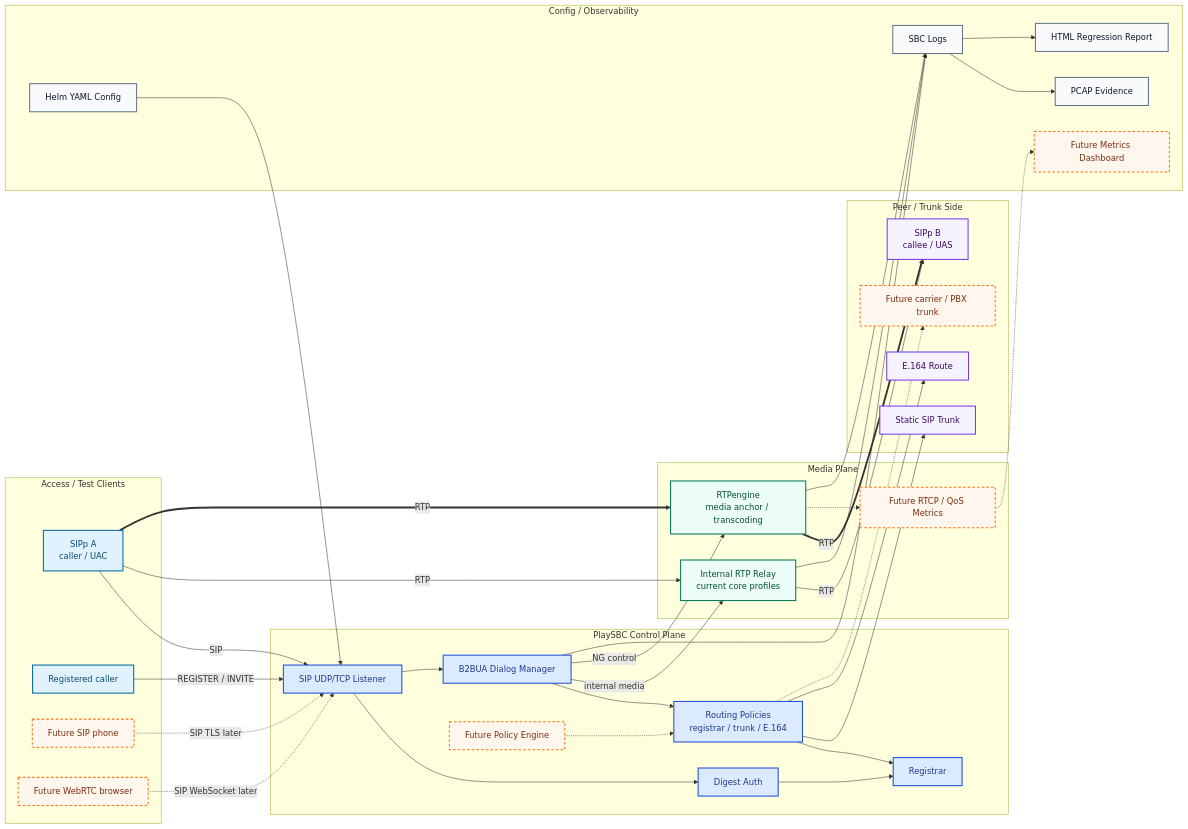
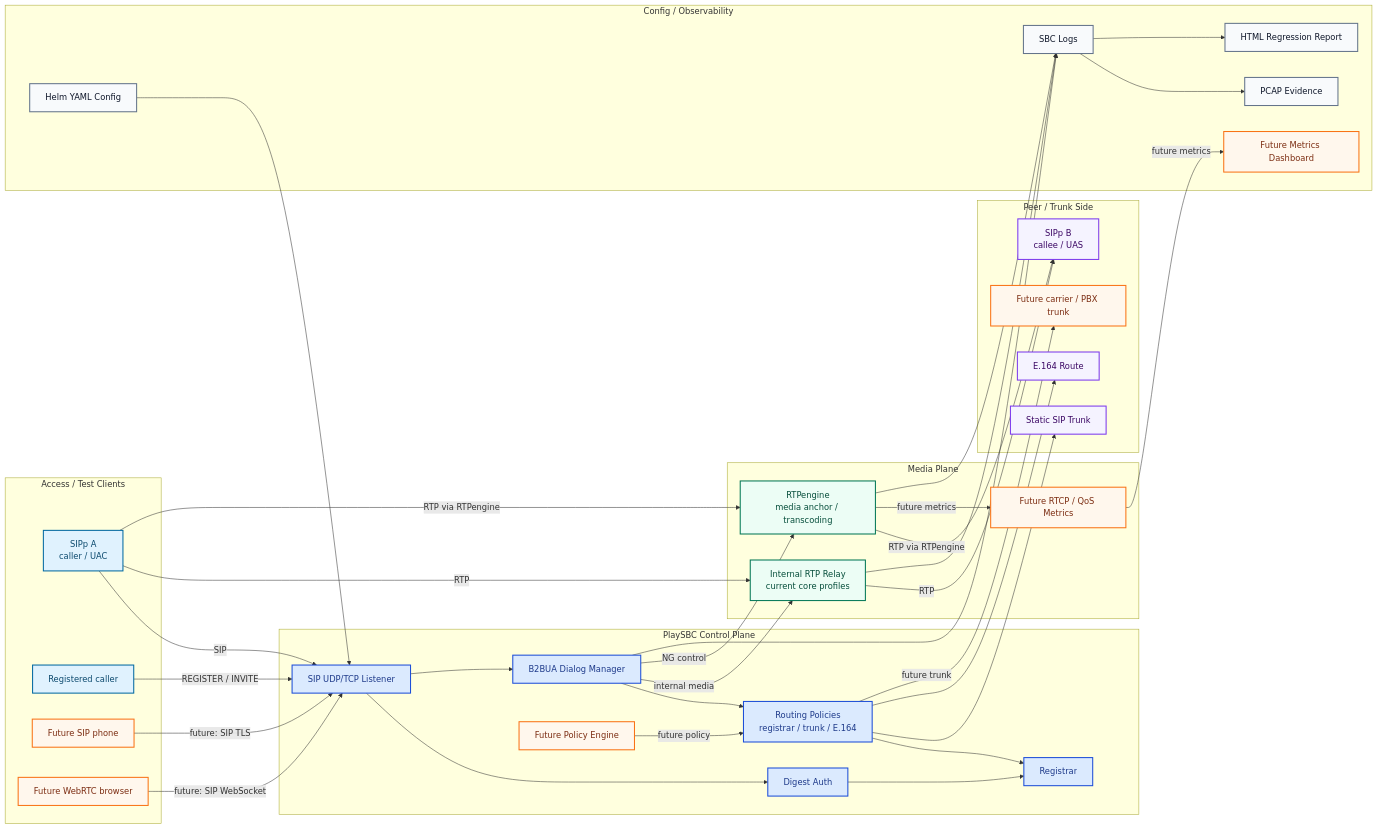
One commit to sudheerkumarvatrapu/PlaySBC changed the first of 6 diagrams in docs/ARCHITECTURE_NETWORK.md. Above: the diagram before and after it, drawn with Mermaid. The commit also changed other lines of this file, not shown here.

Commit message:
Make architecture Mermaid render safely

````diff
--- a/docs/ARCHITECTURE_NETWORK.md
+++ b/docs/ARCHITECTURE_NETWORK.md
@@ -22,82 +22,82 @@
 ```mermaid
 flowchart LR
     subgraph Access["Access / Test Clients"]
         SippA["SIPp A<br/>caller / UAC"]
         RegA["Registered caller"]
         FuturePhone["Future SIP phone"]
         FutureWeb["Future WebRTC browser"]
     end
 
     subgraph PlaySBC["PlaySBC Control Plane"]
         Listener["SIP UDP/TCP Listener"]
         Auth["Digest Auth"]
         Registrar["Registrar"]
         Router["Routing Policies<br/>registrar / trunk / E.164"]
         B2BUA["B2BUA Dialog Manager"]
         Policy["Future Policy Engine"]
     end
 
     subgraph Media["Media Plane"]
         Internal["Internal RTP Relay<br/>current core profiles"]
         RTPE["RTPengine<br/>media anchor / transcoding"]
         FutureQoS["Future RTCP / QoS Metrics"]
     end
 
     subgraph PeerSide["Peer / Trunk Side"]
         SippB["SIPp B<br/>callee / UAS"]
         StaticTrunk["Static SIP Trunk"]
         E164["E.164 Route"]
         FutureCarrier["Future carrier / PBX trunk"]
     end
 
     subgraph Ops["Config / Observability"]
         Helm["Helm YAML Config"]
         Logs["SBC Logs"]
         Pcap["PCAP Evidence"]
         Report["HTML Regression Report"]
         FutureMetrics["Future Metrics Dashboard"]
     end
 
     SippA -->|SIP| Listener
     RegA -->|REGISTER / INVITE| Listener
-    FuturePhone -.->|SIP TLS later| Listener
-    FutureWeb -.->|SIP WebSocket later| Listener
+    FuturePhone -->|future: SIP TLS| Listener
+    FutureWeb -->|future: SIP WebSocket| Listener
 
     Listener --> Auth --> Registrar
     Listener --> B2BUA --> Router
     Router --> Registrar
     Router --> StaticTrunk
     Router --> E164
-    Router -.-> FutureCarrier
-    Policy -.-> Router
+    Router -->|future trunk| FutureCarrier
+    Policy -->|future policy| Router
 
     B2BUA -->|internal media| Internal
     B2BUA -->|NG control| RTPE
     SippA -->|RTP| Internal
     Internal -->|RTP| SippB
-    SippA ==>|RTP| RTPE
-    RTPE ==>|RTP| SippB
-    RTPE -.-> FutureQoS
+    SippA -->|RTP via RTPengine| RTPE
+    RTPE -->|RTP via RTPengine| SippB
+    RTPE -->|future metrics| FutureQoS
 
     Helm --> Listener
     B2BUA --> Logs
     Internal --> Logs
     RTPE --> Logs
     Logs --> Pcap
     Logs --> Report
-    FutureQoS -.-> FutureMetrics
+    FutureQoS -->|future metrics| FutureMetrics
 
     classDef access fill:#E0F2FE,stroke:#0369A1,color:#0C4A6E,stroke-width:2px
     classDef control fill:#DBEAFE,stroke:#1D4ED8,color:#1E3A8A,stroke-width:2px
     classDef media fill:#ECFDF5,stroke:#047857,color:#064E3B,stroke-width:2px
     classDef peer fill:#F5F3FF,stroke:#7C3AED,color:#3B0764,stroke-width:2px
     classDef ops fill:#F8FAFC,stroke:#64748B,color:#0F172A,stroke-width:2px
-    classDef future fill:#FFF7ED,stroke:#F97316,color:#7C2D12,stroke-width:2px,stroke-dasharray:5 4
+    classDef future fill:#FFF7ED,stroke:#F97316,color:#7C2D12,stroke-width:2px
 
     class SippA,RegA access
     class FuturePhone,FutureWeb,Policy,FutureQoS,FutureCarrier,FutureMetrics future
     class Listener,Auth,Registrar,Router,B2BUA control
     class Internal,RTPE media
     class SippB,StaticTrunk,E164 peer
     class Helm,Logs,Pcap,Report ops
 ```
````
